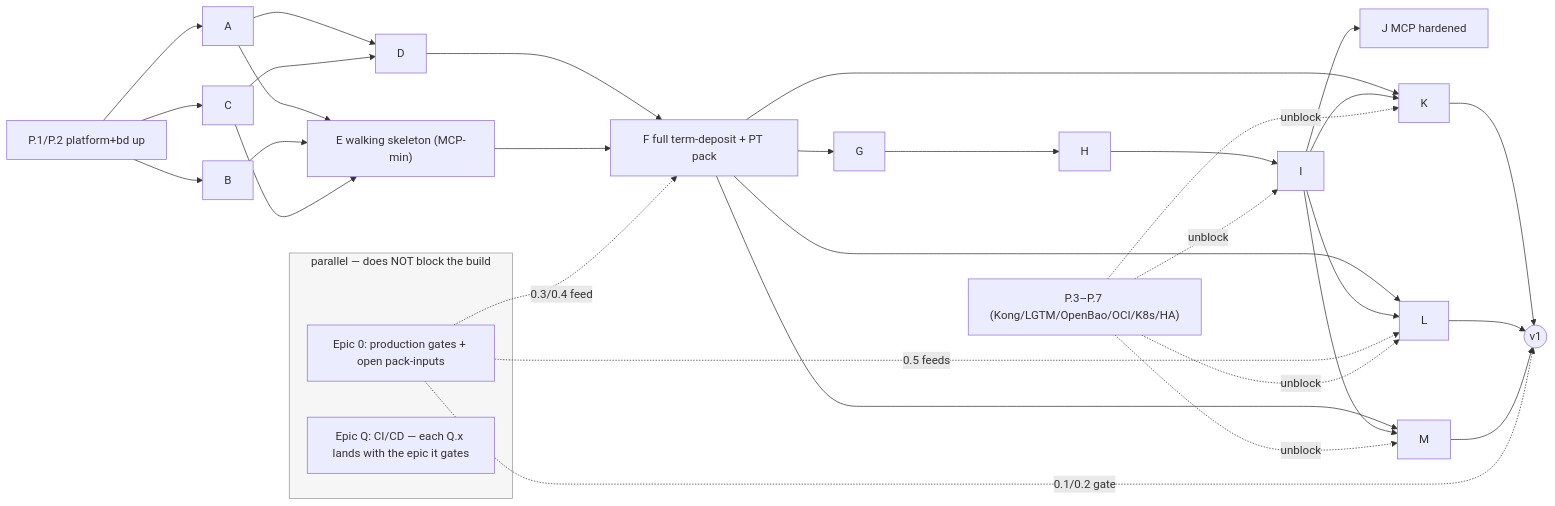
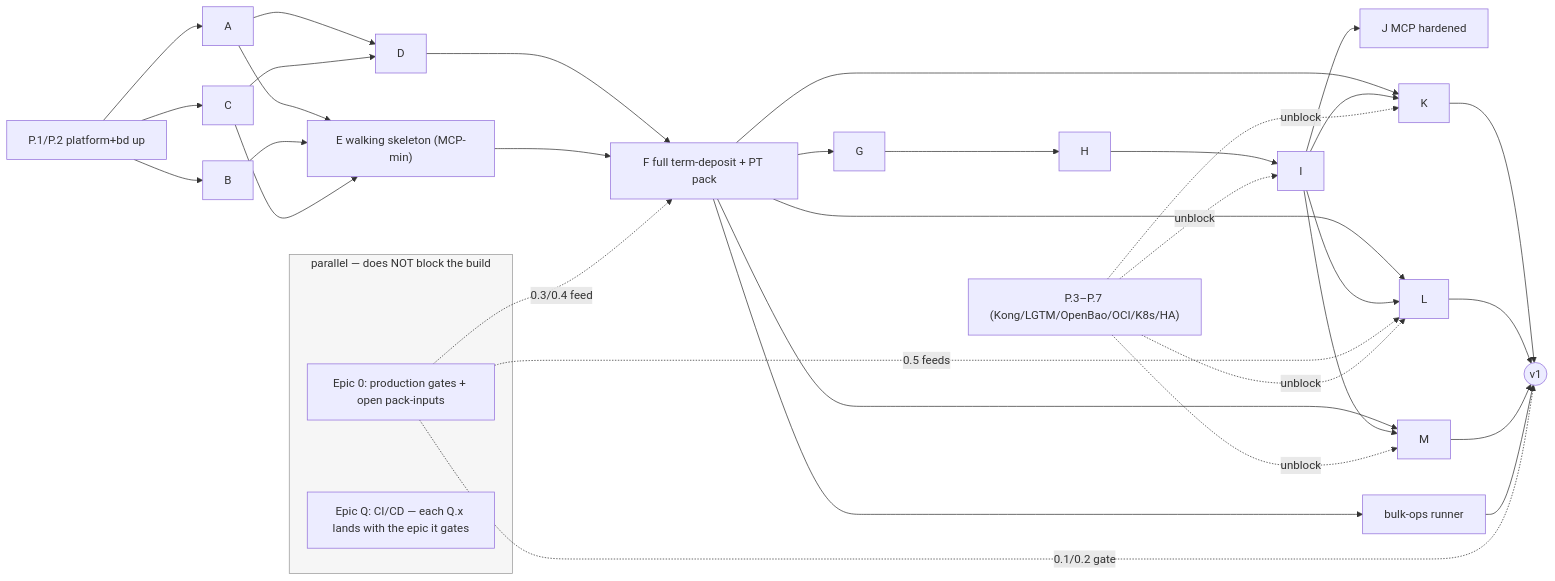
One commit to jhosm/archie changed the diagram in docs/product-management/product_concepts/v1-build-backlog.md. Above: the diagram before and after it, drawn with Mermaid. The commit also changed other lines of this file, not shown here.

First line of the commit message:
docs(backlog): add bulk cross-cutting operations runner epic to v1 build backlog

````diff
--- a/docs/product-management/product_concepts/v1-build-backlog.md
+++ b/docs/product-management/product_concepts/v1-build-backlog.md
@@ -461,26 +498,26 @@
 ```mermaid
 flowchart LR
   P1["P.1/P.2 platform+bd up"] --> A & B & C
   A --> D
   C --> D
   A --> E["E walking skeleton (MCP-min)"]
   B --> E
   C --> E
   D --> F
   E --> F["F full term-deposit + PT pack"]
   F --> G --> H --> I --> J["J MCP hardened"]
-  F --> K & L & M
+  F --> K & L & M & BULK["bulk-ops runner"]
   I --> K & L & M
-  K & L & M --> V1((v1))
+  K & L & M & BULK --> V1((v1))
 
   subgraph par["parallel — does NOT block the build"]
     E0["Epic 0: production gates + open pack-inputs"]
     Q["Epic Q: CI/CD — each Q.x lands with the epic it gates"]
   end
   E0 -. "0.3/0.4 feed" .-> F
   E0 -. "0.5 feeds" .-> L
   E0 -. "0.1/0.2 gate" .-> V1
   P3P7["P.3–P.7 (Kong/LGTM/OpenBao/OCI/K8s/HA)"] -. unblock .-> I & K & M & L
 
   style par fill:#f6f6f6,stroke:#999
 ```
````
